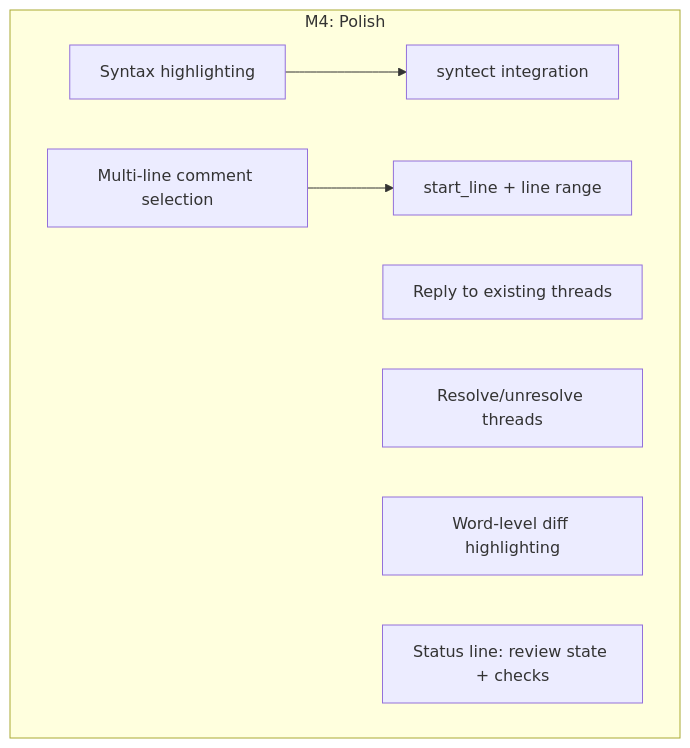
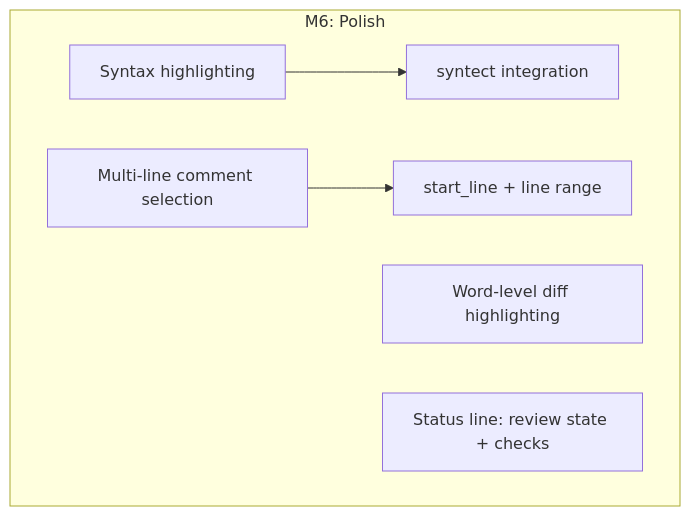
One commit to Neville-Loh/gh-review changed the seventh of 9 diagrams in docs/ROADMAP.md. Above: the diagram before and after it, drawn with Mermaid. The commit also changed other lines of this file and 25 other files, not shown here.

````diff
--- a/docs/ROADMAP.md
+++ b/docs/ROADMAP.md
@@ -159,11 +224,9 @@
 ```mermaid
 graph TD
-    subgraph m4 [M4: Polish]
+    subgraph m6 [M6: Polish]
         C1[Syntax highlighting] --> C2["syntect integration"]
         C3[Multi-line comment selection] --> C4["start_line + line range"]
-        C5[Reply to existing threads]
-        C6[Resolve/unresolve threads]
         C7[Word-level diff highlighting]
         C9[Status line: review state + checks]
     end
 ```
````
